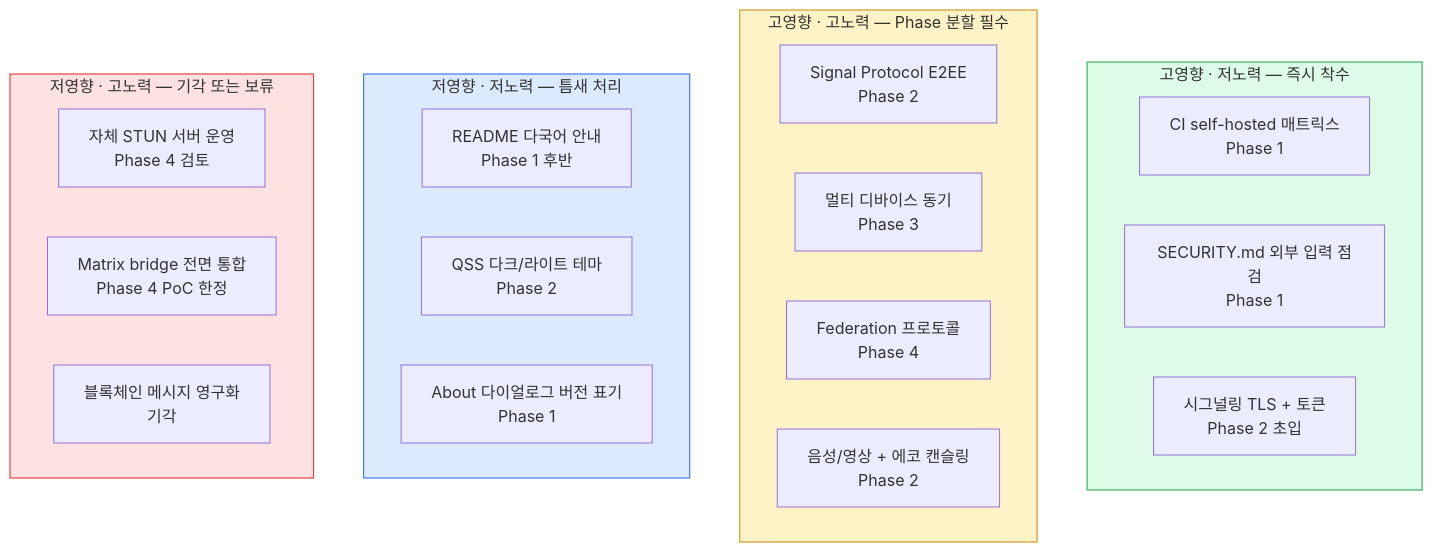
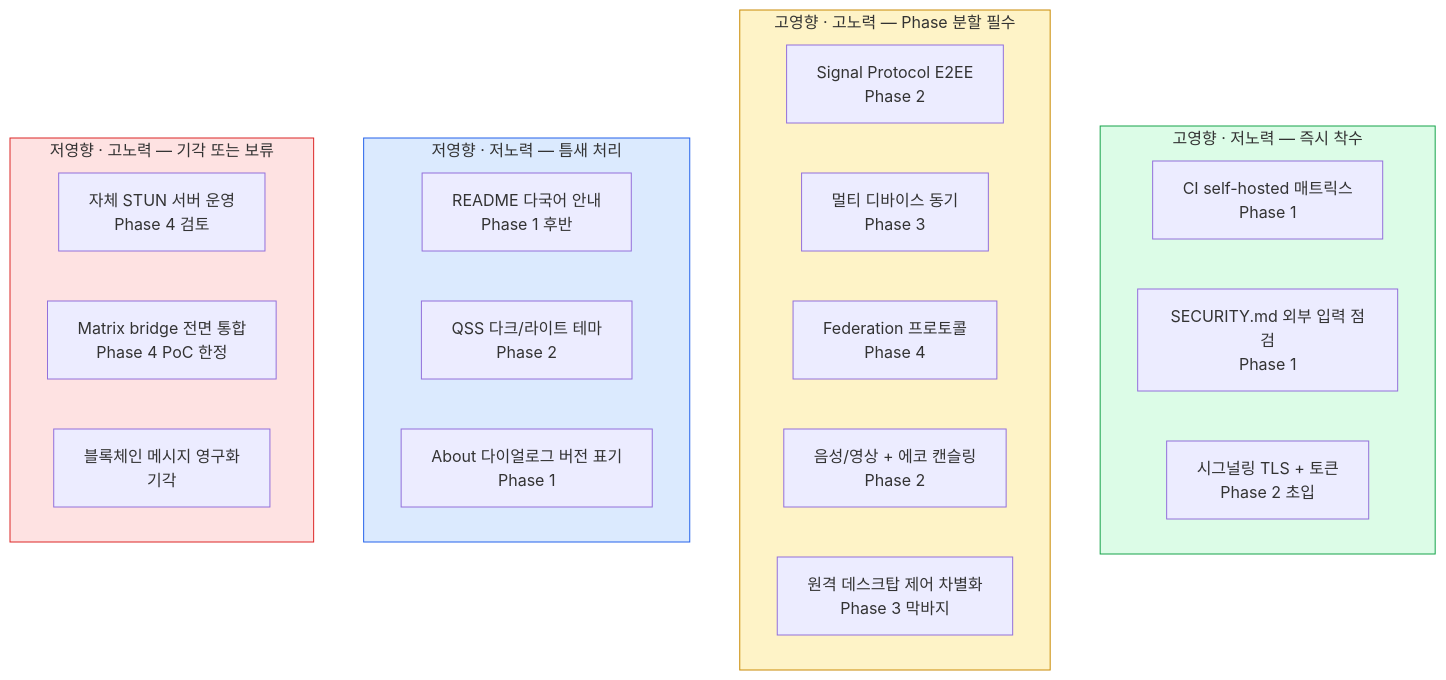
One commit to oneticket99/p2p_msg changed the second of 2 diagrams in PLANS.md. Above: the diagram before and after it, drawn with Mermaid. The commit also changed other lines of this file and 2 other files, not shown here.

First line of the commit message:
docs(plans): §3~§10 drift 회수 — Phase 3 원격 제어 + §10 에이전트 정정

````diff
--- a/PLANS.md
+++ b/PLANS.md
@@ -153,33 +155,34 @@
 ```mermaid
 flowchart TB
     subgraph Q1[고영향 · 저노력 — 즉시 착수]
         A1[CI self-hosted 매트릭스<br/>Phase 1]
         A2[SECURITY.md 외부 입력 점검<br/>Phase 1]
         A3[시그널링 TLS + 토큰<br/>Phase 2 초입]
     end
     subgraph Q2[고영향 · 고노력 — Phase 분할 필수]
         B1[Signal Protocol E2EE<br/>Phase 2]
         B2[멀티 디바이스 동기<br/>Phase 3]
         B3[Federation 프로토콜<br/>Phase 4]
         B4[음성/영상 + 에코 캔슬링<br/>Phase 2]
+        B5[원격 데스크탑 제어 차별화<br/>Phase 3 막바지]
     end
     subgraph Q3[저영향 · 저노력 — 틈새 처리]
         C1[README 다국어 안내<br/>Phase 1 후반]
         C2[QSS 다크/라이트 테마<br/>Phase 2]
         C3[About 다이얼로그 버전 표기<br/>Phase 1]
     end
     subgraph Q4[저영향 · 고노력 — 기각 또는 보류]
         D1[자체 STUN 서버 운영<br/>Phase 4 검토]
         D2[Matrix bridge 전면 통합<br/>Phase 4 PoC 한정]
         D3[블록체인 메시지 영구화<br/>기각]
     end
 
     classDef high fill:#dcfce7,stroke:#16a34a
     classDef mid fill:#fef3c7,stroke:#ca8a04
     classDef low fill:#dbeafe,stroke:#2563eb
     classDef drop fill:#fee2e2,stroke:#dc2626
     class Q1 high
     class Q2 mid
     class Q3 low
     class Q4 drop
 ```
````
